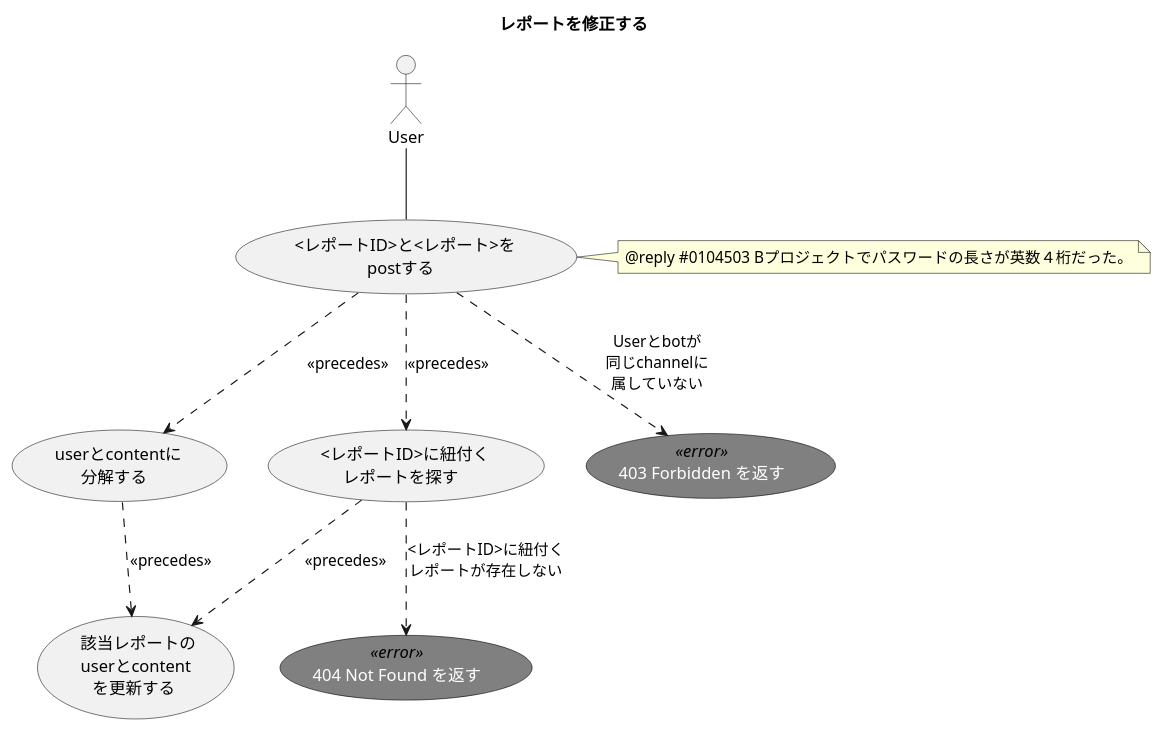
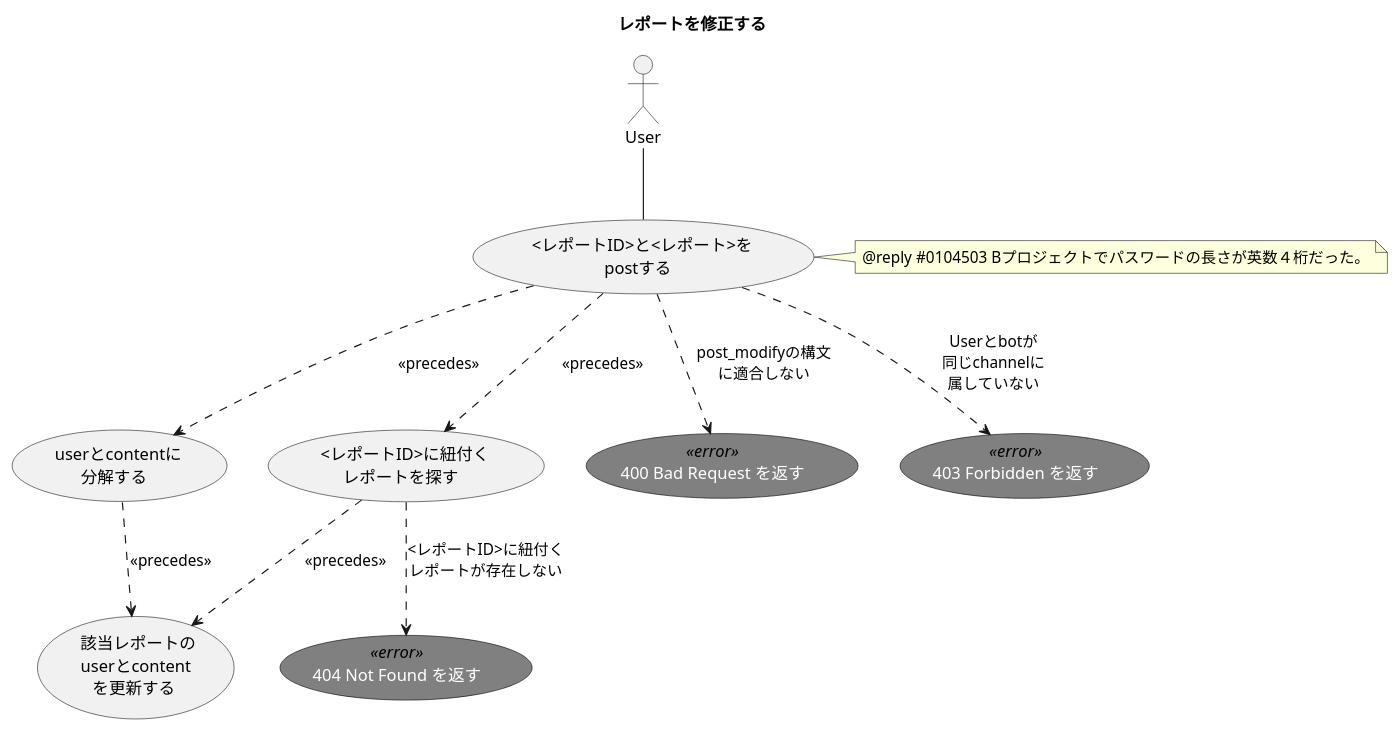
The diagram in 1.design/2.usecases/post-report-modify.md (ito-masam/kpt-guard.doc), drawn with PlantUML before and after one commit. The commit also changed 4 other files, not shown here.

```diff
--- a/1.design/2.usecases/post-report-modify.md
+++ b/1.design/2.usecases/post-report-modify.md
@@ -1,33 +1,36 @@
 @startuml
 
     ' ----------- meta
     title レポートを修正する
 
     skinparam usecase {
       FontColor<<error>> white
       FontName<<error>> Verdana
       BackgroundColor<<error>> gray
       BorderColor<<error>> black
     }
 
     actor User
 
     ' ----------- main
     User -- ( <レポートID>と<レポート>を\npostする )
     ( <レポートID>と<レポート>を\npostする ) ..> ( userとcontentに\n分解する ) : << precedes >>
     ( <レポートID>と<レポート>を\npostする ) ..> ( <レポートID>に紐付く\nレポートを探す ) : << precedes >>
     ( <レポートID>に紐付く\nレポートを探す ) ..> ( 該当レポートの\nuserとcontent\nを更新する ) : << precedes >>
     ( userとcontentに\n分解する ) ..> ( 該当レポートの\nuserとcontent\nを更新する ) : << precedes >>
 
     note right of ( <レポートID>と<レポート>を\npostする )
       @reply #0104503 Bプロジェクトでパスワードの長さが英数４桁だった。
     end note
 
     ' ----------- alternative
+    ( 400 Bad Request を返す ) <<error>>
+    ( <レポートID>と<レポート>を\npostする ) ..> ( 400 Bad Request を返す ) : post_modifyの構文\nに適合しない
+
     ( 403 Forbidden を返す ) <<error>>
     ( <レポートID>と<レポート>を\npostする ) ..> ( 403 Forbidden を返す ) : Userとbotが\n同じchannelに\n属していない
 
     ( 404 Not Found を返す ) <<error>>
     ( <レポートID>に紐付く\nレポートを探す ) ..> ( 404 Not Found を返す ) : <レポートID>に紐付く\nレポートが存在しない
 
 @enduml
```
